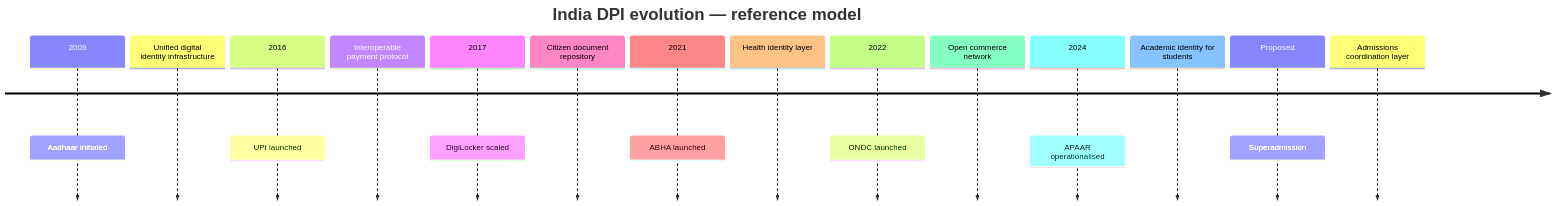
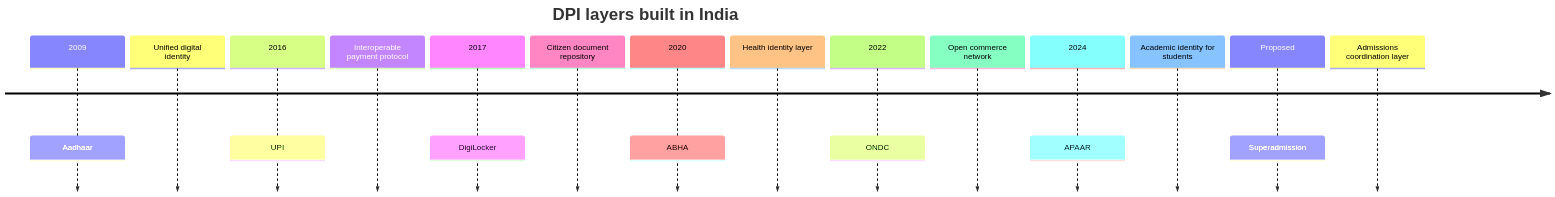
The second of 3 diagrams in Stakeholders/Policy-and-Government.mdx (aashrutsharma2/docs), drawn with Mermaid before and after one commit. The commit also changed other lines of this file and 3 other files, not shown here.

````diff
--- a/Stakeholders/Policy-and-Government.mdx
+++ b/Stakeholders/Policy-and-Government.mdx
@@ -44,18 +39,18 @@
 ```mermaid
 timeline
-    title India DPI evolution — reference model
-    2009    : Aadhaar initiated
-              Unified digital identity infrastructure
-    2016    : UPI launched
-              Interoperable payment protocol
-    2017    : DigiLocker scaled
-              Citizen document repository
-    2021    : ABHA launched
-              Health identity layer
-    2022    : ONDC launched
-              Open commerce network
-    2024    : APAAR operationalised
-              Academic identity for students
+    title DPI layers built in India
+    2009  : Aadhaar
+            Unified digital identity
+    2016  : UPI
+            Interoperable payment protocol
+    2017  : DigiLocker
+            Citizen document repository
+    2020  : ABHA
+            Health identity layer
+    2022  : ONDC
+            Open commerce network
+    2024  : APAAR
+            Academic identity for students
     Proposed : Superadmission
                Admissions coordination layer
 ```
````
